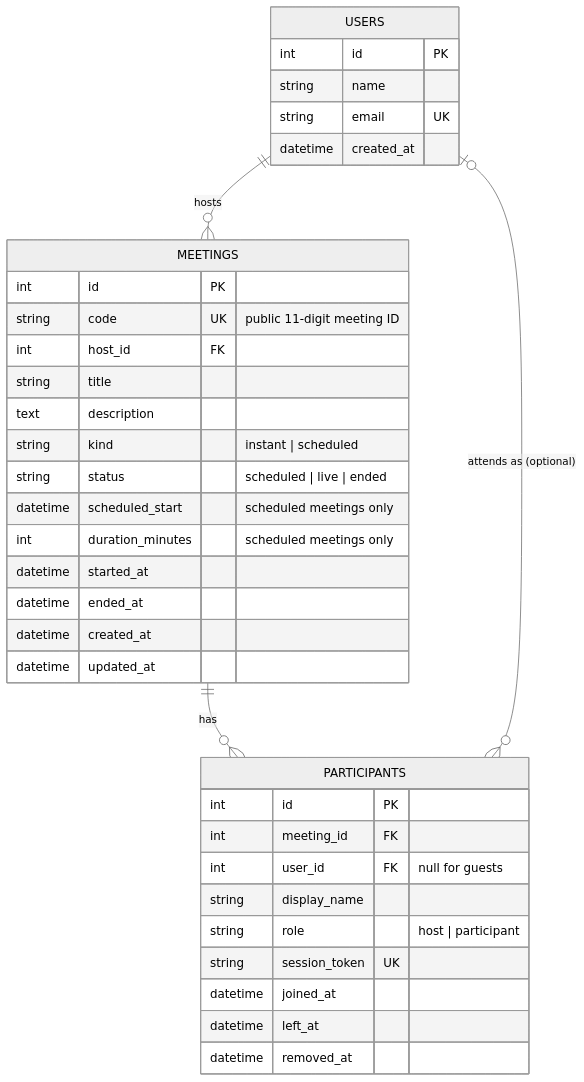
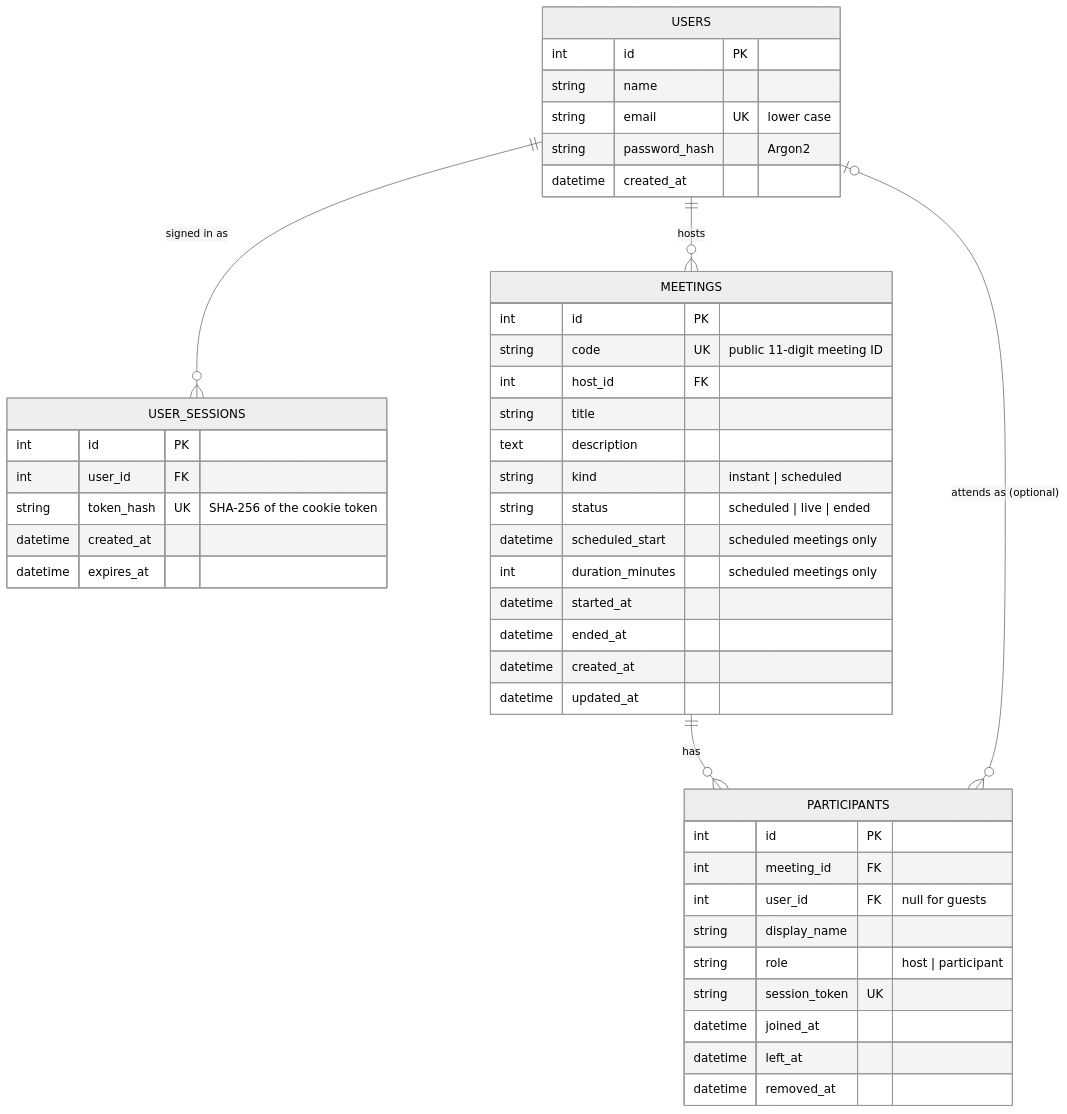
One commit to jpriyansh2005/Huddle-Flow changed the second of 4 diagrams in docs/ARCHITECTURE.md. Above: the diagram before and after it, drawn with Mermaid (neutral theme). The commit also changed other lines of this file and 52 other files, not shown here.

````diff
--- a/docs/ARCHITECTURE.md
+++ b/docs/ARCHITECTURE.md
@@ -74,39 +82,48 @@
 ```mermaid
 erDiagram
+    USERS ||--o{ USER_SESSIONS : "signed in as"
     USERS ||--o{ MEETINGS : hosts
     MEETINGS ||--o{ PARTICIPANTS : has
     USERS |o--o{ PARTICIPANTS : "attends as (optional)"
 
     USERS {
         int id PK
         string name
-        string email UK
+        string email UK "lower case"
+        string password_hash "Argon2"
         datetime created_at
+    }
+    USER_SESSIONS {
+        int id PK
+        int user_id FK
+        string token_hash UK "SHA-256 of the cookie token"
+        datetime created_at
+        datetime expires_at
     }
     MEETINGS {
         int id PK
         string code UK "public 11-digit meeting ID"
         int host_id FK
         string title
         text description
         string kind "instant | scheduled"
         string status "scheduled | live | ended"
         datetime scheduled_start "scheduled meetings only"
         int duration_minutes "scheduled meetings only"
         datetime started_at
         datetime ended_at
         datetime created_at
         datetime updated_at
     }
     PARTICIPANTS {
         int id PK
         int meeting_id FK
         int user_id FK "null for guests"
         string display_name
         string role "host | participant"
         string session_token UK
         datetime joined_at
         datetime left_at
         datetime removed_at
     }
 ```
````
